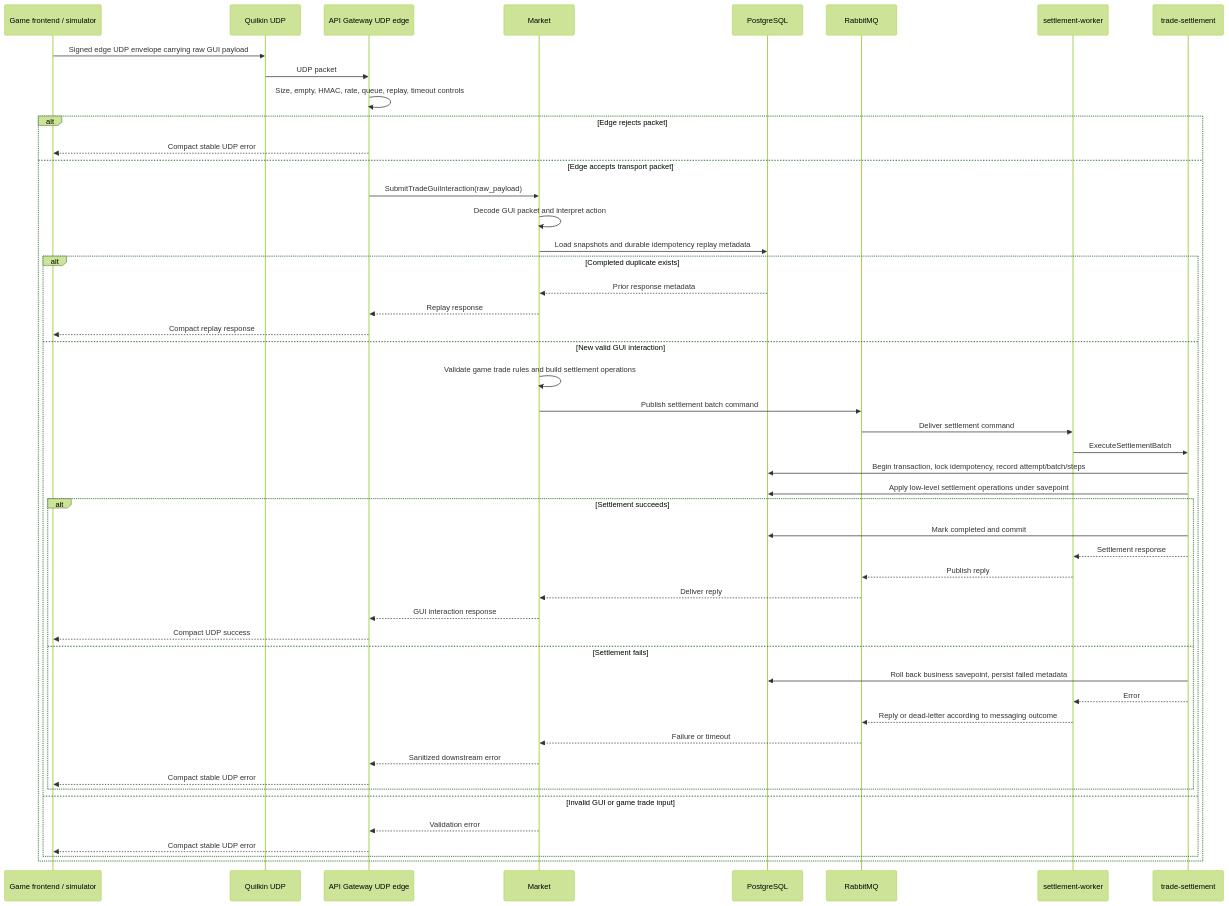
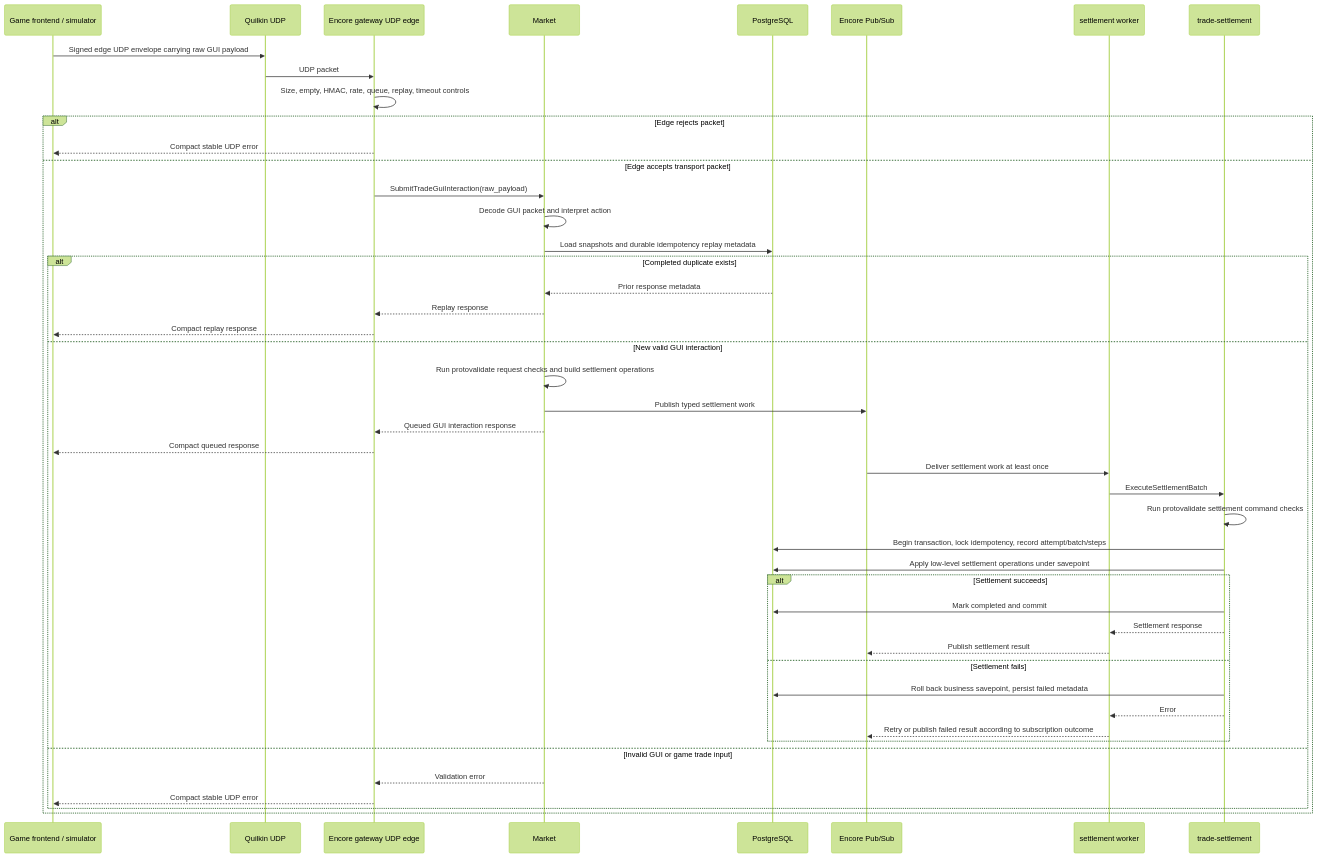
The diagram in Architecture/ISO-42010/04-functional-runtime-view.md (QuasarRay/eve-trade), drawn with Mermaid (forest theme) before and after one commit. The commit also changed other lines of this file and 1036 other files, not shown here.

````diff
--- a/Architecture/ISO-42010/04-functional-runtime-view.md
+++ b/Architecture/ISO-42010/04-functional-runtime-view.md
@@ -49,52 +59,49 @@
 ```mermaid
 sequenceDiagram
   participant Frontend as Game frontend / simulator
   participant Quilkin as Quilkin UDP
-  participant Gateway as API Gateway UDP edge
+  participant Gateway as Encore gateway UDP edge
   participant Market as Market
   participant DB as PostgreSQL
-  participant Rabbit as RabbitMQ
-  participant Worker as settlement-worker
+  participant PubSub as Encore Pub/Sub
+  participant Worker as settlement worker
   participant Settlement as trade-settlement
 
   Frontend->>Quilkin: Signed edge UDP envelope carrying raw GUI payload
   Quilkin->>Gateway: UDP packet
   Gateway->>Gateway: Size, empty, HMAC, rate, queue, replay, timeout controls
   alt Edge rejects packet
     Gateway-->>Frontend: Compact stable UDP error
   else Edge accepts transport packet
     Gateway->>Market: SubmitTradeGuiInteraction(raw_payload)
     Market->>Market: Decode GUI packet and interpret action
     Market->>DB: Load snapshots and durable idempotency replay metadata
     alt Completed duplicate exists
       DB-->>Market: Prior response metadata
       Market-->>Gateway: Replay response
       Gateway-->>Frontend: Compact replay response
     else New valid GUI interaction
-      Market->>Market: Validate game trade rules and build settlement operations
-      Market->>Rabbit: Publish settlement batch command
-      Rabbit->>Worker: Deliver settlement command
+    Market->>Market: Run protovalidate request checks and build settlement operations
+      Market->>PubSub: Publish typed settlement work
+      Market-->>Gateway: Queued GUI interaction response
+      Gateway-->>Frontend: Compact queued response
+      PubSub->>Worker: Deliver settlement work at least once
       Worker->>Settlement: ExecuteSettlementBatch
+      Settlement->>Settlement: Run protovalidate settlement command checks
       Settlement->>DB: Begin transaction, lock idempotency, record attempt/batch/steps
       Settlement->>DB: Apply low-level settlement operations under savepoint
       alt Settlement succeeds
         Settlement->>DB: Mark completed and commit
         Settlement-->>Worker: Settlement response
-        Worker-->>Rabbit: Publish reply
-        Rabbit-->>Market: Deliver reply
-        Market-->>Gateway: GUI interaction response
-        Gateway-->>Frontend: Compact UDP success
+        Worker-->>PubSub: Publish settlement result
       else Settlement fails
         Settlement->>DB: Roll back business savepoint, persist failed metadata
         Settlement-->>Worker: Error
-        Worker-->>Rabbit: Reply or dead-letter according to messaging outcome
-        Rabbit-->>Market: Failure or timeout
-        Market-->>Gateway: Sanitized downstream error
-        Gateway-->>Frontend: Compact stable UDP error
+        Worker-->>PubSub: Retry or publish failed result according to subscription outcome
       end
     else Invalid GUI or game trade input
       Market-->>Gateway: Validation error
       Gateway-->>Frontend: Compact stable UDP error
     end
   end
 ```
````
